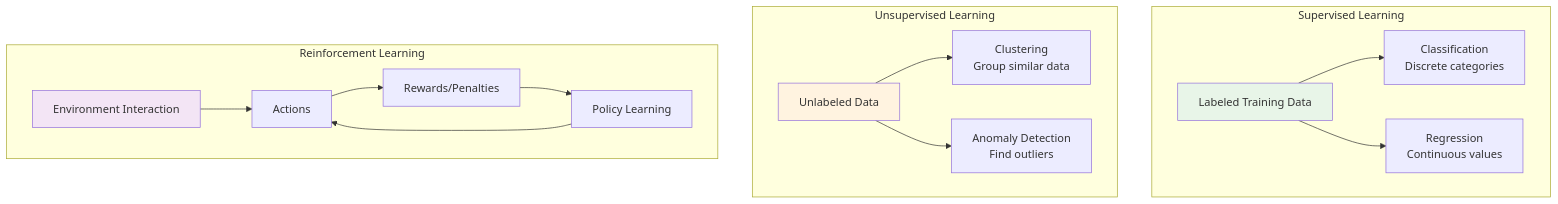
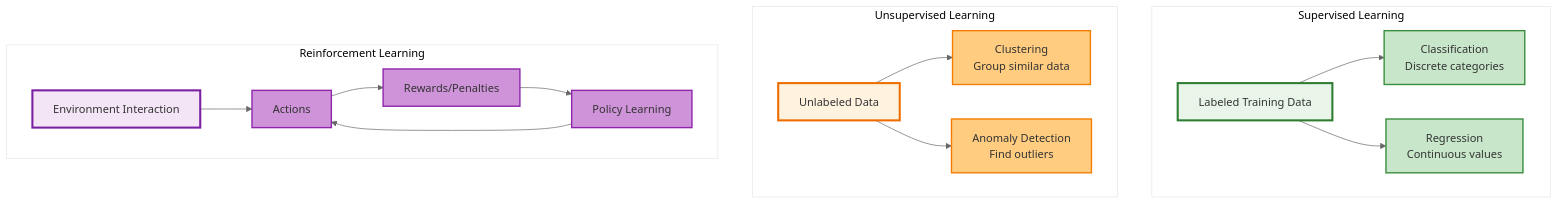
One commit to kishorekkota/kishorekkota.github.io changed the fourth of 28 diagrams in llm_ai/ai_concepts_visualizations.md. Above: the diagram before and after it, drawn with Mermaid. The commit also changed other lines of this file and 5 other files, not shown here.

First line of the commit message:
Enhance Mermaid diagrams and fix syntax errors

````diff
--- a/llm_ai/ai_concepts_visualizations.md
+++ b/llm_ai/ai_concepts_visualizations.md
@@ -71,33 +80,43 @@
 ```mermaid
+%%{init: {'theme':'base', 'themeVariables': { 'primaryColor': '#ffffff', 'primaryTextColor': '#333333', 'primaryBorderColor': '#cccccc', 'lineColor': '#666666'}}}%%
 graph TB
-    subgraph "Supervised Learning"
+    subgraph SG1 ["Supervised Learning"]
         SL[Labeled Training Data]
         SC[Classification<br/>Discrete categories]
         SR[Regression<br/>Continuous values]
         SL --> SC
         SL --> SR
     end
     
-    subgraph "Unsupervised Learning"
+    subgraph SG2 ["Unsupervised Learning"]
         UL[Unlabeled Data]
         UC[Clustering<br/>Group similar data]
         UA[Anomaly Detection<br/>Find outliers]
         UL --> UC
         UL --> UA
     end
     
-    subgraph "Reinforcement Learning"
+    subgraph SG3 ["Reinforcement Learning"]
         RL[Environment Interaction]
         RA[Actions]
         RR[Rewards/Penalties]
         RP[Policy Learning]
         RL --> RA
         RA --> RR
         RR --> RP
         RP --> RA
     end
     
-    style SL fill:#e8f5e8
-    style UL fill:#fff3e0
-    style RL fill:#f3e5f5
+    style SL fill:#e8f5e8,stroke:#2e7d32,stroke-width:3px
+    style UL fill:#fff3e0,stroke:#ef6c00,stroke-width:3px
+    style RL fill:#f3e5f5,stroke:#7b1fa2,stroke-width:3px
+    style SC fill:#c8e6c9,stroke:#388e3c,stroke-width:2px
+    style SR fill:#c8e6c9,stroke:#388e3c,stroke-width:2px
+    style UC fill:#ffcc80,stroke:#f57c00,stroke-width:2px
+    style UA fill:#ffcc80,stroke:#f57c00,stroke-width:2px
+    style RA fill:#ce93d8,stroke:#8e24aa,stroke-width:2px
+    style RR fill:#ce93d8,stroke:#8e24aa,stroke-width:2px
+    style RP fill:#ce93d8,stroke:#8e24aa,stroke-width:2px
+
+
 ```
````
